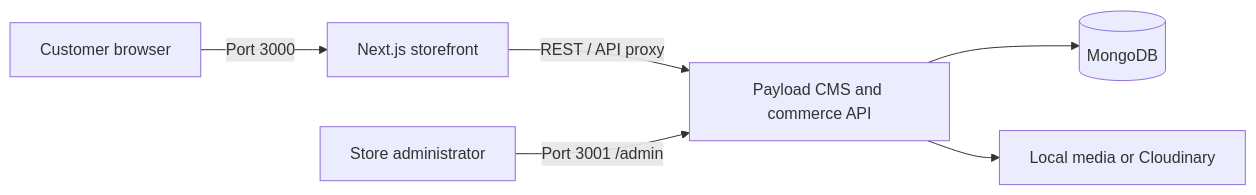
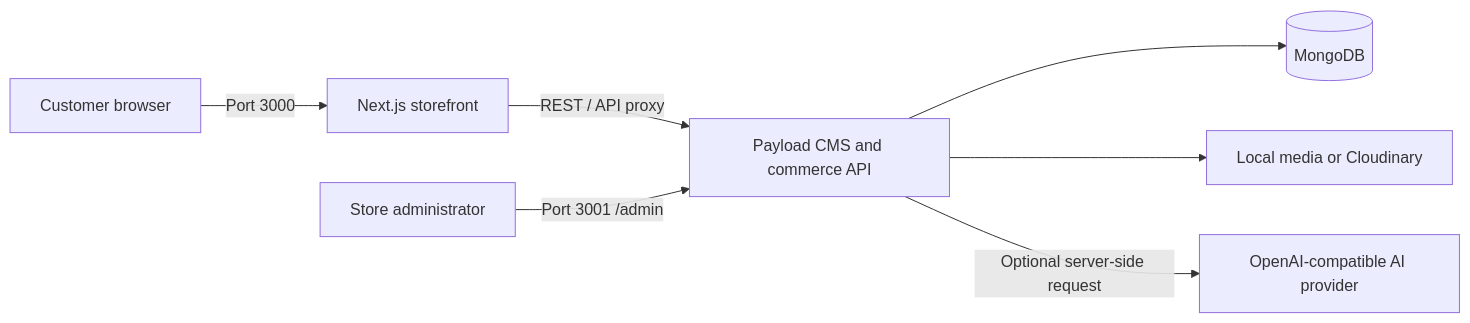
One commit to ZainIrfan03/NHEVTrader changed the diagram in README.md. Above: the diagram before and after it, drawn with Mermaid. The commit also changed other lines of this file and 1 other file, not shown here.

````diff
--- a/README.md
+++ b/README.md
@@ -88,8 +92,9 @@
 ```mermaid
 flowchart LR
     Browser[Customer browser] -->|Port 3000| Frontend[Next.js storefront]
     Frontend -->|REST / API proxy| Backend[Payload CMS and commerce API]
     Staff[Store administrator] -->|Port 3001 /admin| Backend
     Backend --> MongoDB[(MongoDB)]
     Backend --> Media[Local media or Cloudinary]
+    Backend -->|Optional server-side request| AI[OpenAI-compatible AI provider]
 ```
````
